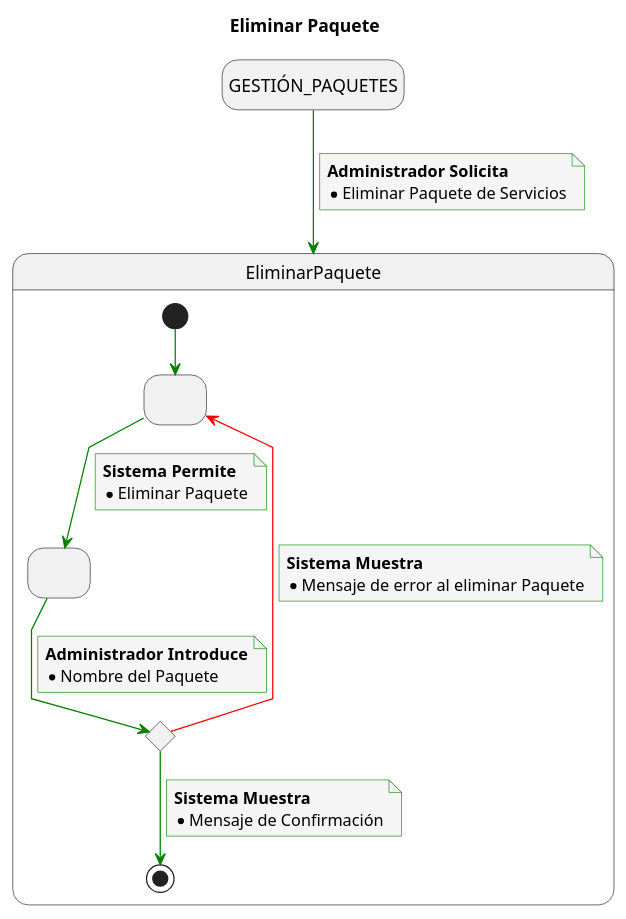
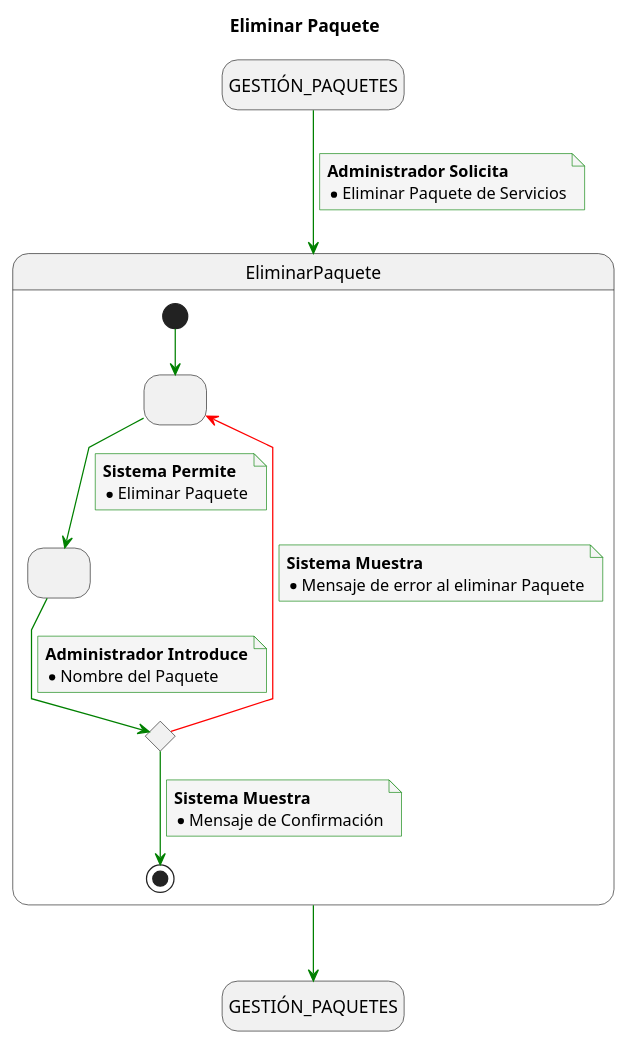
Before and after one commit to mmasias/23-24-IdSw1-SDR: the diagram in Caso_de_Uso/Casos_de_Uso/Usuarios/Administrador/CRUD_Paquetes_de_Servicios/Eliminar_Paquete/EliminarPaquete.puml, drawn with PlantUML. The commit also changed 59 other files, not shown here.

```diff
--- a/Caso_de_Uso/Casos_de_Uso/Usuarios/Administrador/CRUD_Paquetes_de_Servicios/Eliminar_Paquete/EliminarPaquete.puml
+++ b/Caso_de_Uso/Casos_de_Uso/Usuarios/Administrador/CRUD_Paquetes_de_Servicios/Eliminar_Paquete/EliminarPaquete.puml
@@ -1,53 +1,56 @@
 @startuml
 title Eliminar Paquete
 
 skinparam {
     NoteBackgroundColor #whiteSmoke
     ArrowColor #green
     NoteBorderColor #green
     linetype polyline
 }
 
 hide empty description
 
 state startState as "GESTIÓN_PAQUETES"
+state endState as "GESTIÓN_PAQUETES"
 
 startState --> EliminarPaquete
 note on link
     <b>Administrador Solicita</b>
     * Eliminar Paquete de Servicios
 end note
+
+EliminarPaquete --> endState
 
 state EliminarPaquete{
 state 2 as " "
 state 3 as " "
 state 4 <<choice>>
 
 [*] -down-> 2
 
 2 -down-> 3
 note on link
 <b>Sistema Permite</b>
 * Eliminar Paquete
 end note
 
 3 -down-> 4
 note on link
 <b>Administrador Introduce</b>
 * Nombre del Paquete
 end note
 
 4 -down-> [*]
 note on link
 <b>Sistema Muestra</b>
 * Mensaje de Confirmación
 end note
 
 4 -[#red]-> 2
 note on link
 <b>Sistema Muestra</b>
 * Mensaje de error al eliminar Paquete
 end note
 
 }
 @enduml
```
